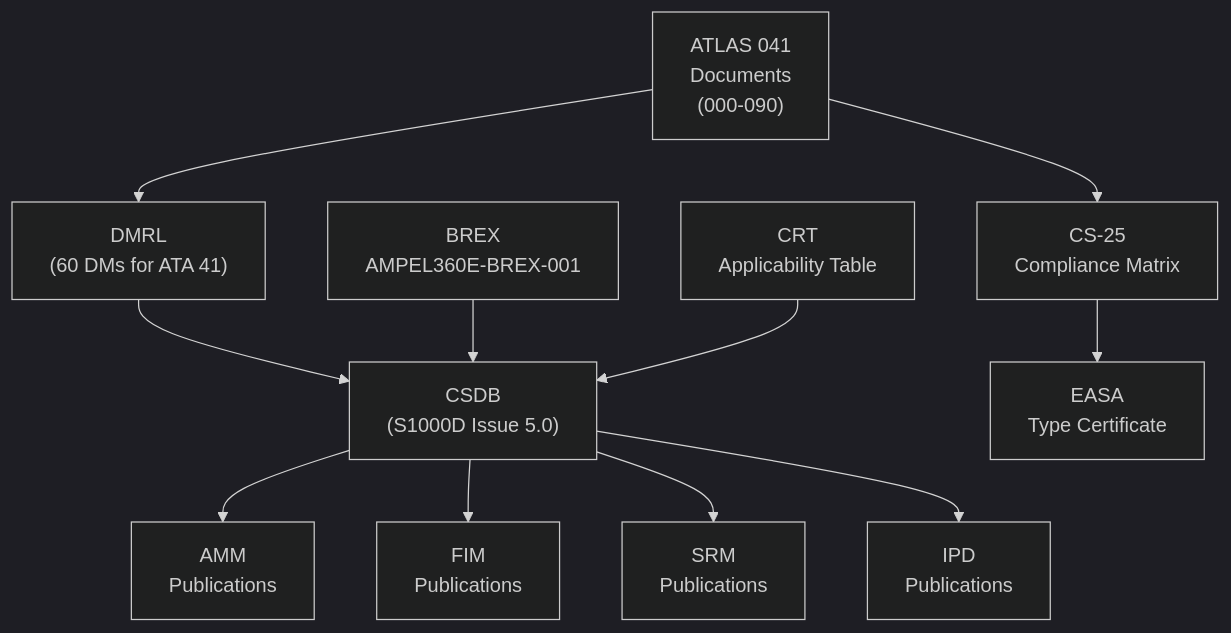
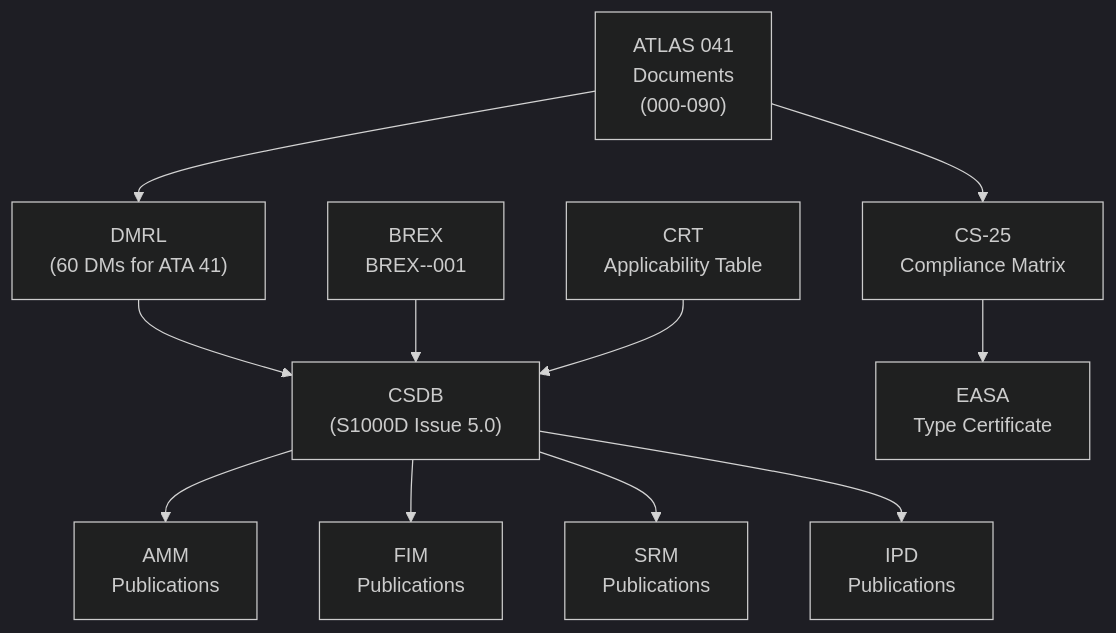
Before and after one commit to AmedeoPelliccia/Qplus-For-All-Queer-People-and-Quantum: the first of 3 diagrams in Q+ATLANTIDE/000-099_ATLAS/040-049_Avionica-Informacion-y-APU/041_Water-Ballast/041-090-S1000D-CSDB-Mapping-and-Traceability.md, drawn with Mermaid (dark theme). The commit also changed other lines of this file and 51 other files, not shown here.

````diff
--- a/Q+ATLANTIDE/000-099_ATLAS/040-049_Avionica-Informacion-y-APU/041_Water-Ballast/041-090-S1000D-CSDB-Mapping-and-Traceability.md
+++ b/Q+ATLANTIDE/000-099_ATLAS/040-049_Avionica-Informacion-y-APU/041_Water-Ballast/041-090-S1000D-CSDB-Mapping-and-Traceability.md
@@ -117,36 +120,36 @@
 ```mermaid
 graph TB
     ATLAS041["ATLAS 041
 Documents
 (000-090)"]
     DMRL["DMRL
 (60 DMs for ATA 41)"]
     CSDB["CSDB
 (S1000D Issue 5.0)"]
     BREX["BREX
-AMPEL360E-BREX-001"]
+BREX-<MODEL>-001"]
     CRT["CRT
 Applicability Table"]
     AMM["AMM
 Publications"]
     FIM["FIM
 Publications"]
     SRM["SRM
 Publications"]
     IPD["IPD
 Publications"]
     CS25["CS-25
 Compliance Matrix"]
     EASA["EASA
 Type Certificate"]
 
     ATLAS041 --> DMRL --> CSDB
     BREX --> CSDB
     CRT --> CSDB
     CSDB --> AMM
     CSDB --> FIM
     CSDB --> SRM
     CSDB --> IPD
     CS25 --> EASA
     ATLAS041 --> CS25
 ```
````
